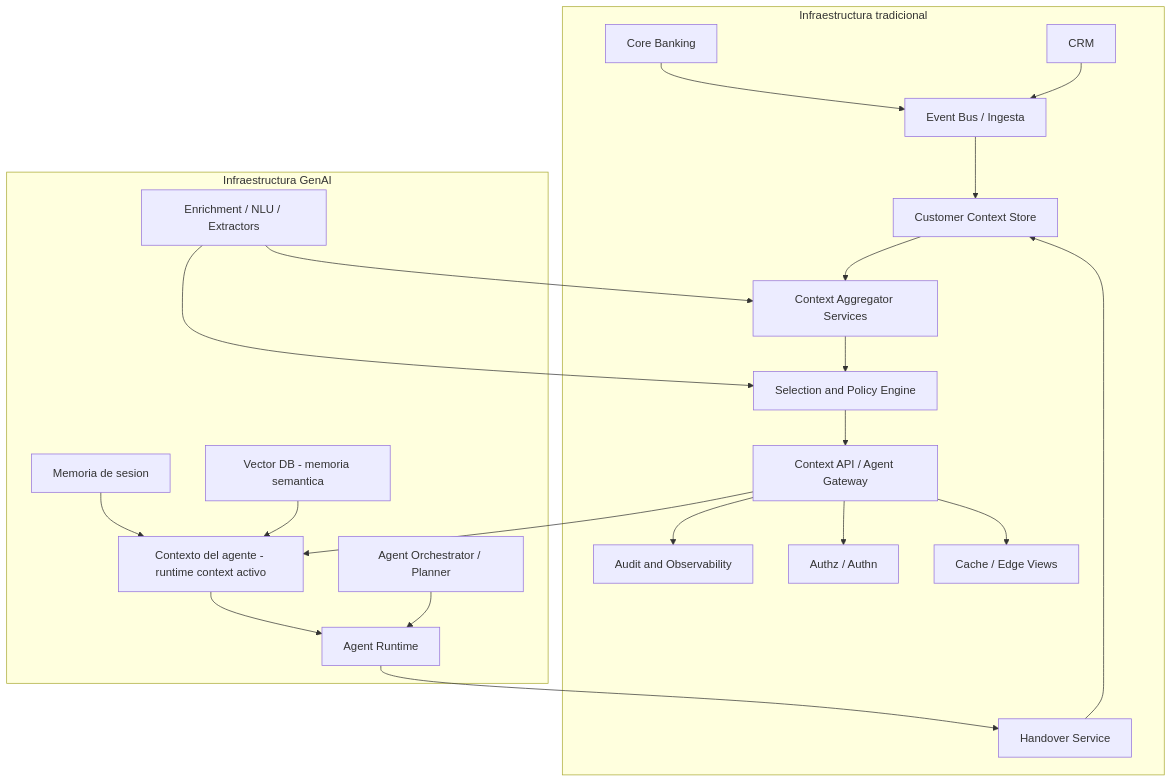
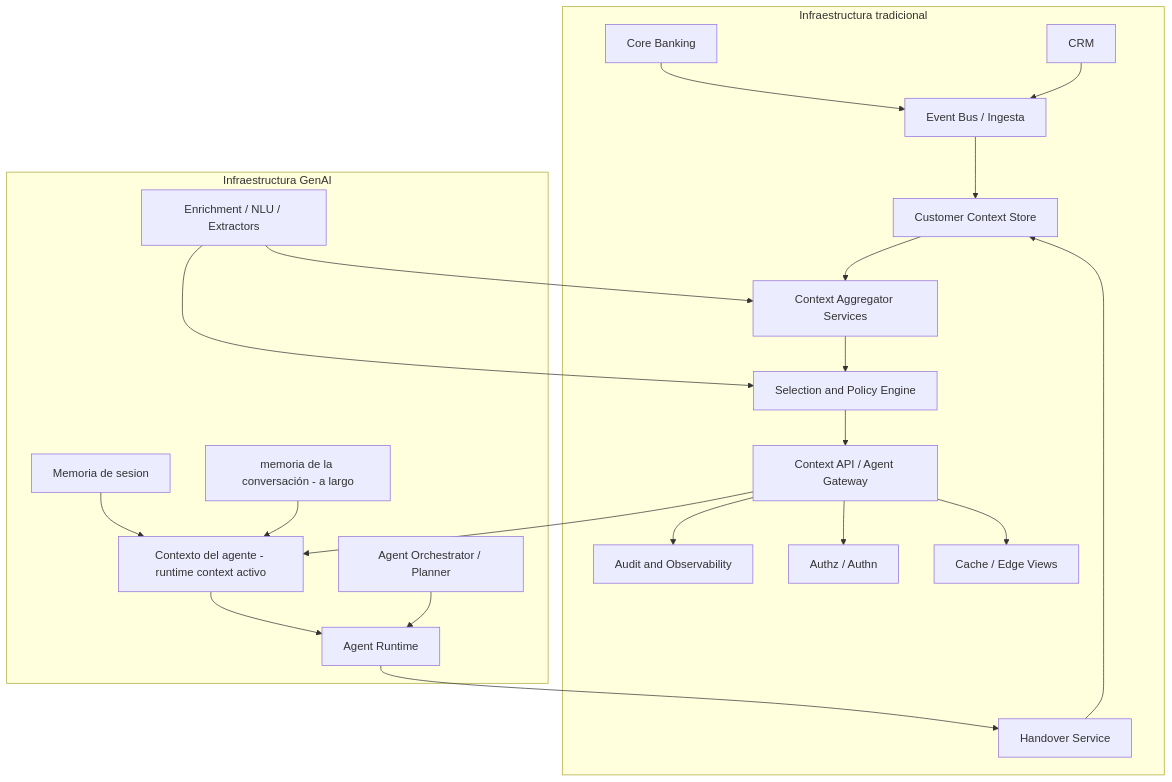
One commit to olgajoyas/ejemplos changed the diagram in contexto-ext.md. Above: the diagram before and after it, drawn with Mermaid.

````diff
--- a/contexto-ext.md
+++ b/contexto-ext.md
@@ -1,48 +1,48 @@
 ```mermaid
 flowchart TD
 
   subgraph TRAD["Infraestructura tradicional"]
     A1["Core Banking"]
     A2["CRM"]
     EB["Event Bus / Ingesta"]
     CAS["Customer Context Store"]
     AGG["Context Aggregator Services"]
     POLICY["Selection and Policy Engine"]
     APIGW["Context API / Agent Gateway"]
     HOVER["Handover Service"]
     AUDIT["Audit and Observability"]
     AUTH["Authz / Authn"]
     CACHE["Cache / Edge Views"]
 
     A1 --> EB
     A2 --> EB
     EB --> CAS
     CAS --> AGG
     AGG --> POLICY
     POLICY --> APIGW
     HOVER --> CAS
   end
 
   subgraph GENAI["Infraestructura GenAI"]
     STM["Memoria de sesion"]
     CTX["Contexto del agente - runtime context activo"]
-    VEC["Vector DB - memoria semantica"]
+    VEC["memoria de la conversación - a largo"]
     R1["Agent Runtime"]
     ORCH["Agent Orchestrator / Planner"]
     ENRICH["Enrichment / NLU / Extractors"]
 
     STM --> CTX
     VEC --> CTX
     CTX --> R1
     ORCH --> R1
   end
 
   APIGW --> CTX
   ENRICH --> AGG
   ENRICH --> POLICY
   APIGW --> AUTH
   APIGW --> CACHE
   APIGW --> AUDIT
   R1 --> HOVER
 
 ```
````
